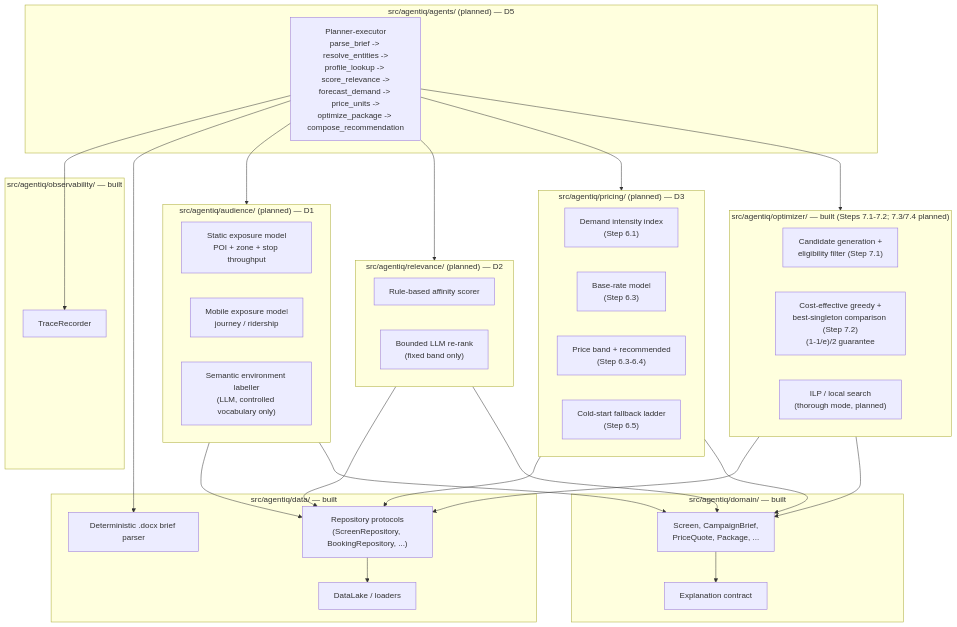
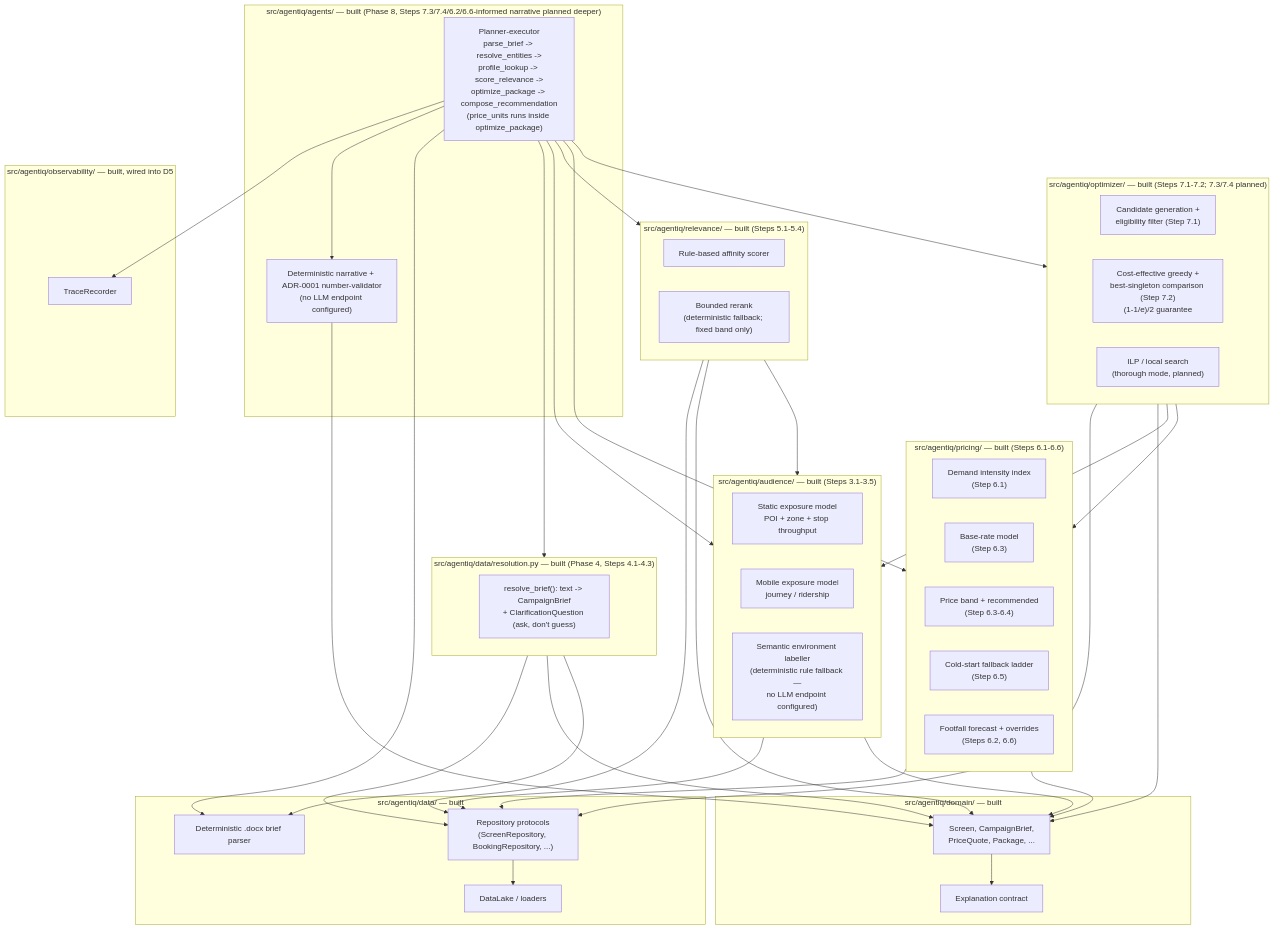
The diagram in agentiq/docs/c4/component.mmd (Amit0942/AI-hackathon), drawn with Mermaid before and after one commit. The commit also changed 12 other files, not shown here.

```diff
--- a/agentiq/docs/c4/component.mmd
+++ b/agentiq/docs/c4/component.mmd
@@ -1,65 +1,81 @@
 %% C4 Component — AgentIQ engine library (Step 2.4)
 %% Drawn from the real src/agentiq/* package tree. "(planned)" = not yet built.
 graph TB
-    subgraph orchestrator["src/agentiq/agents/ (planned) — D5"]
-        planner["Planner-executor<br/>parse_brief -> resolve_entities -><br/>profile_lookup -> score_relevance -><br/>forecast_demand -> price_units -><br/>optimize_package -> compose_recommendation"]
+    subgraph orchestrator["src/agentiq/agents/ — built (Phase 8, Steps 7.3/7.4/6.2/6.6-informed narrative planned deeper)"]
+        planner["Planner-executor<br/>parse_brief -> resolve_entities -><br/>profile_lookup -> score_relevance -><br/>optimize_package -> compose_recommendation<br/>(price_units runs inside optimize_package)"]
+        narrativeMod["Deterministic narrative + <br/>ADR-0001 number-validator<br/>(no LLM endpoint configured)"]
     end
 
-    subgraph audience["src/agentiq/audience/ (planned) — D1"]
+    subgraph resolution["src/agentiq/data/resolution.py — built (Phase 4, Steps 4.1-4.3)"]
+        resolveEntities["resolve_brief(): text -> CampaignBrief<br/>+ ClarificationQuestion (ask, don't guess)"]
+    end
+
+    subgraph audience["src/agentiq/audience/ — built (Steps 3.1-3.5)"]
         staticModel["Static exposure model<br/>POI + zone + stop throughput"]
         mobileModel["Mobile exposure model<br/>journey / ridership"]
-        semanticLabeller["Semantic environment labeller<br/>(LLM, controlled vocabulary only)"]
+        semanticLabeller["Semantic environment labeller<br/>(deterministic rule fallback —<br/>no LLM endpoint configured)"]
     end
 
-    subgraph relevance["src/agentiq/relevance/ (planned) — D2"]
+    subgraph relevance["src/agentiq/relevance/ — built (Steps 5.1-5.4)"]
         ruleScorer["Rule-based affinity scorer"]
-        rerank["Bounded LLM re-rank<br/>(fixed band only)"]
+        rerank["Bounded rerank<br/>(deterministic fallback; fixed band only)"]
     end
 
-    subgraph pricing["src/agentiq/pricing/ (planned) — D3"]
+    subgraph pricing["src/agentiq/pricing/ — built (Steps 6.1-6.6)"]
         demandIndex["Demand intensity index<br/>(Step 6.1)"]
         baseRate["Base-rate model<br/>(Step 6.3)"]
         band["Price band + recommended<br/>(Step 6.3-6.4)"]
         coldStart["Cold-start fallback ladder<br/>(Step 6.5)"]
+        footfall["Footfall forecast + overrides<br/>(Steps 6.2, 6.6)"]
     end
 
     subgraph optimizer["src/agentiq/optimizer/ — built (Steps 7.1-7.2; 7.3/7.4 planned)"]
         candidateGen["Candidate generation +<br/>eligibility filter (Step 7.1)"]
         greedy["Cost-effective greedy +<br/>best-singleton comparison (Step 7.2)<br/>(1-1/e)/2 guarantee"]
         ilp["ILP / local search<br/>(thorough mode, planned)"]
     end
 
     subgraph domain["src/agentiq/domain/ — built"]
         explanation["Explanation contract"]
         entities["Screen, CampaignBrief,<br/>PriceQuote, Package, ..."]
     end
 
     subgraph dataPkg["src/agentiq/data/ — built"]
         loaders["DataLake / loaders"]
         repos["Repository protocols<br/>(ScreenRepository, BookingRepository, ...)"]
         briefs["Deterministic .docx brief parser"]
     end
 
-    subgraph obsPkg["src/agentiq/observability/ — built"]
+    subgraph obsPkg["src/agentiq/observability/ — built, wired into D5"]
         trace["TraceRecorder"]
     end
 
+    planner --> resolution
     planner --> audience
     planner --> relevance
     planner --> pricing
     planner --> optimizer
     planner --> trace
+    planner --> narrativeMod
 
+    resolution --> repos
     audience --> repos
     relevance --> repos
     pricing --> repos
     optimizer --> repos
 
+    resolution --> entities
     audience --> entities
     relevance --> entities
     pricing --> entities
     optimizer --> entities
+    narrativeMod --> entities
+
+    relevance --> audience
+    optimizer --> audience
+    optimizer --> pricing
 
     entities --> explanation
     repos --> loaders
     planner --> briefs
+    resolution --> briefs
```
